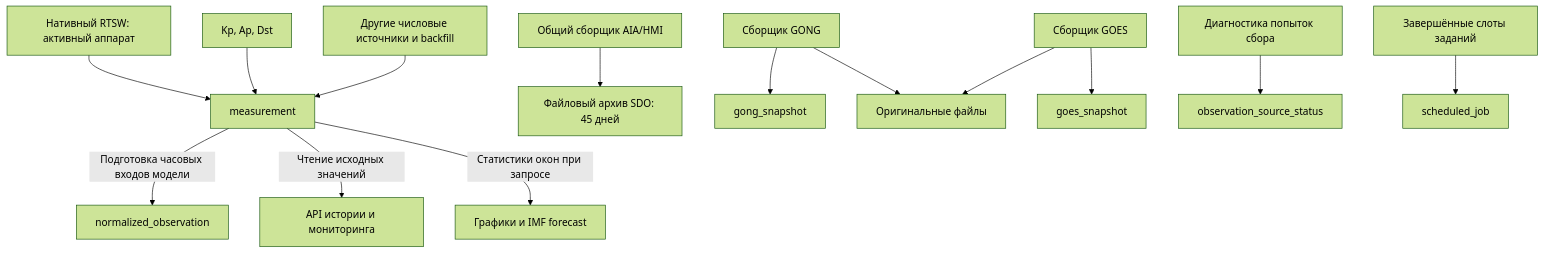
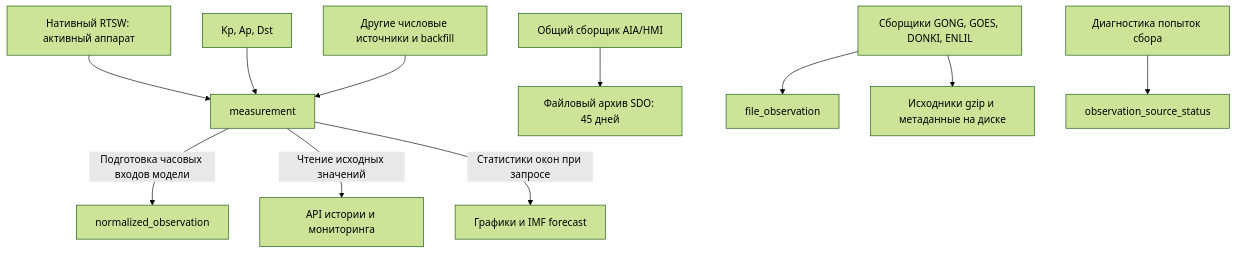
Before and after one commit to a-kryvenko/argus: the diagram in apps/clio/DATA_FLOWS.md, drawn with Mermaid (forest theme). The commit also changed 197 other files, not shown here.

````diff
--- a/apps/clio/DATA_FLOWS.md
+++ b/apps/clio/DATA_FLOWS.md
@@ -3,16 +3,13 @@
 ```mermaid
 flowchart TD
     wind[Нативный RTSW: активный аппарат] --> measurement
     geo[Kp, Ap, Dst] --> measurement
     collectors[Другие числовые источники и backfill] --> measurement
     measurement -->|Подготовка часовых входов модели| normalized_observation
     measurement -->|Чтение исходных значений| api[API истории и мониторинга]
     measurement -->|Статистики окон при запросе| charts[Графики и IMF forecast]
     sdo[Общий сборщик AIA/HMI] --> archive[Файловый архив SDO: 45 дней]
-    gong[Сборщик GONG] --> gong_snapshot
-    gong --> originals[Оригинальные файлы]
-    goes[Сборщик GOES] --> goes_snapshot
-    goes --> originals
+    files[Сборщики GONG, GOES, DONKI, ENLIL] --> file_observation
+    files --> originals[Исходники gzip и метаданные на диске]
     monitoring[Диагностика попыток сбора] --> observation_source_status
-    scheduler[Завершённые слоты заданий] --> scheduled_job
 ```
````
